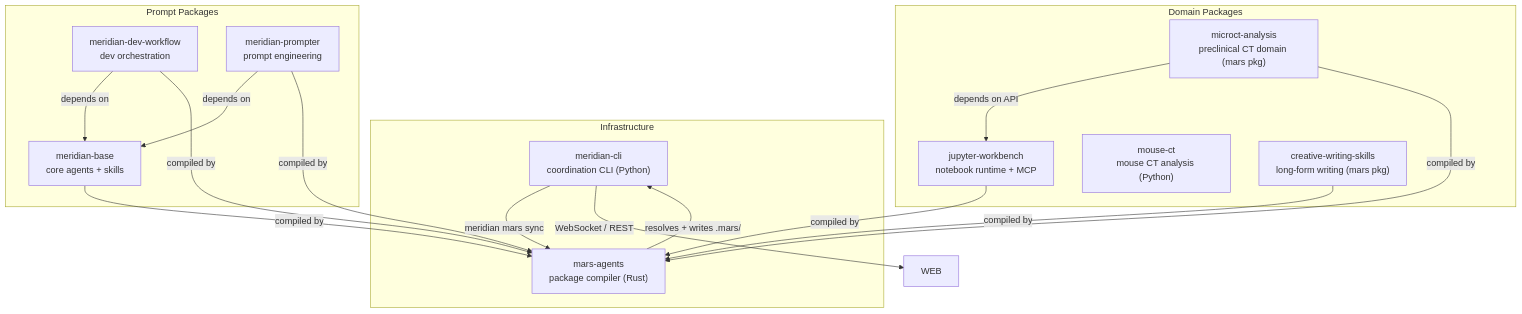
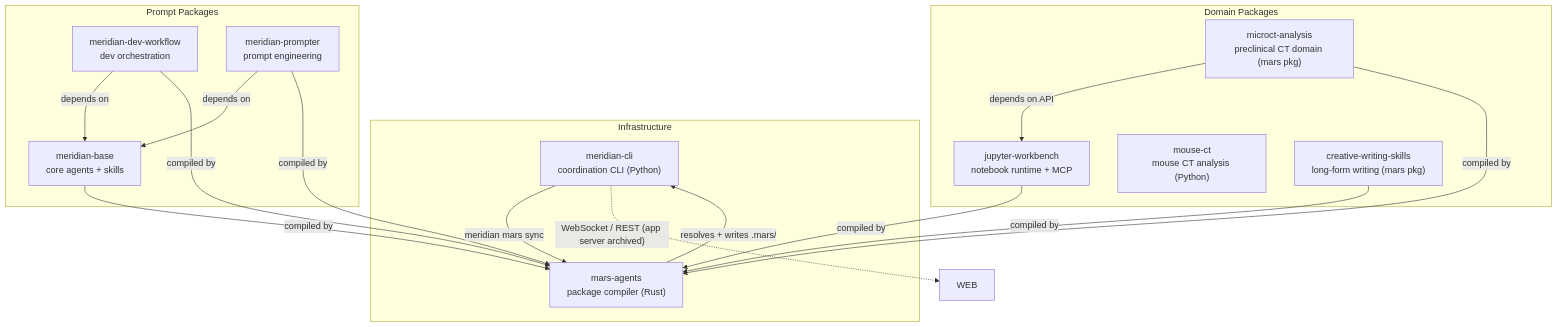
Before and after one commit to haowjy/meridian-cli-kb: the first of 2 diagrams in kb/ecosystem/overview.md, drawn with Mermaid. The commit also changed other lines of this file and 19 other files, not shown here.

````diff
--- a/kb/ecosystem/overview.md
+++ b/kb/ecosystem/overview.md
@@ -7,35 +7,35 @@
 ```mermaid
 graph TD
     subgraph infra["Infrastructure"]
         CLI["meridian-cli\ncoordination CLI (Python)"]
         MARS["mars-agents\npackage compiler (Rust)"]
     end
 
     subgraph prompts["Prompt Packages"]
         MB["meridian-base\ncore agents + skills"]
         MDW["meridian-dev-workflow\ndev orchestration"]
         MPR["meridian-prompter\nprompt engineering"]
     end
 
     subgraph domain["Domain Packages"]
         JW["jupyter-workbench\nnotebook runtime + MCP"]
         MCA["microct-analysis\npreclinical CT domain (mars pkg)"]
         MCT["mouse-ct\nmouse CT analysis (Python)"]
         CWS["creative-writing-skills\nlong-form writing (mars pkg)"]
     end
 
     MDW -- "depends on" --> MB
     MPR -- "depends on" --> MB
     MCA -- "depends on API" --> JW
 
     CLI -- "meridian mars sync" --> MARS
     MARS -- "resolves + writes .mars/" --> CLI
-    CLI -- "WebSocket / REST" --> WEB
+    CLI -. "WebSocket / REST (app server archived)" .-> WEB
 
     MB -- "compiled by" --> MARS
     MDW -- "compiled by" --> MARS
     MPR -- "compiled by" --> MARS
     JW -- "compiled by" --> MARS
     CWS -- "compiled by" --> MARS
     MCA -- "compiled by" --> MARS
 ```
````
